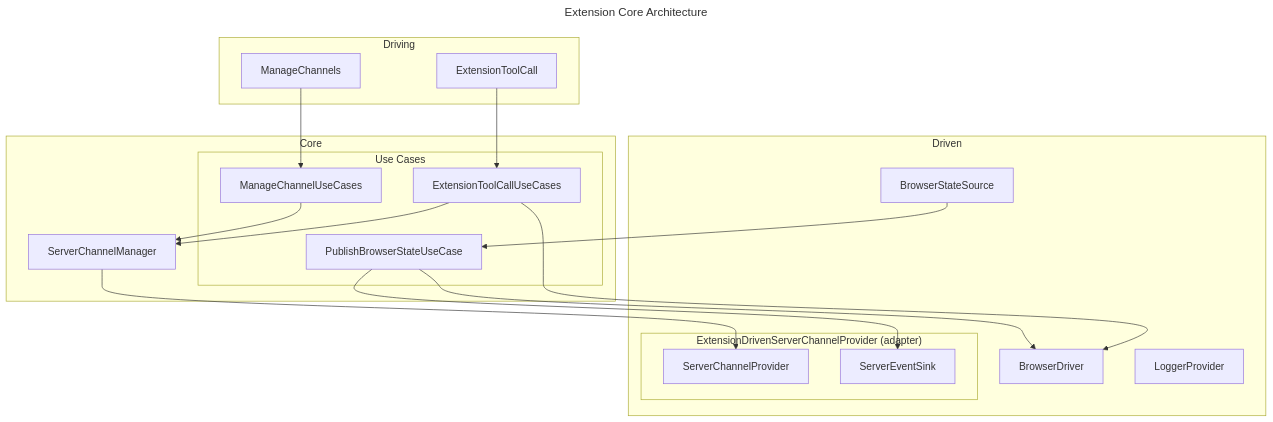
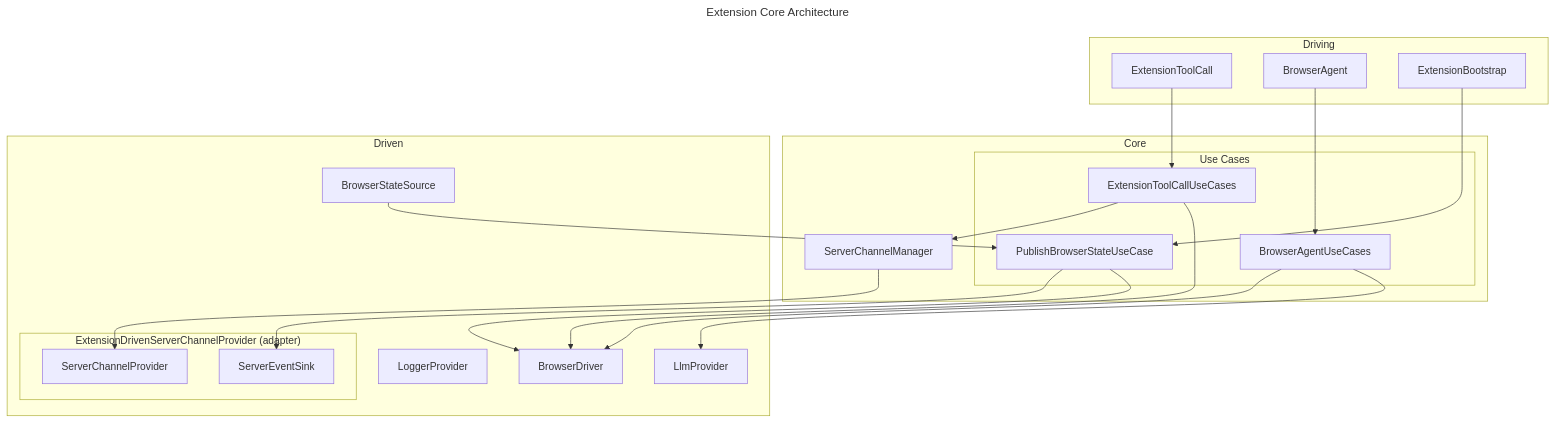
The fourth of 5 diagrams in docs/architecture.md (ndthanhdev/mcp-browser-kit), drawn with Mermaid before and after one commit. The commit also changed other lines of this file and 23 other files, not shown here.

Commit message:
refactor: restructure extension bootstrap and tab services (#143)

````diff
--- a/docs/architecture.md
+++ b/docs/architecture.md
@@ -113,40 +113,44 @@
 ```mermaid
 ---
 title: Extension Core Architecture
 ---
 flowchart TD
   subgraph Driving["Driving"]
     ExtensionToolCall
-    ManageChannels
+    BrowserAgent
+    ExtensionBootstrap
   end
   subgraph ExtensionCore["Core"]
     subgraph UseCases["Use Cases"]
       ExtensionToolCallUseCases
-      ManageChannelUseCases
       PublishBrowserStateUseCase
+      BrowserAgentUseCases
     end
     ServerChannelManager
   end
   subgraph Driven["Driven"]
     BrowserDriver
     BrowserStateSource
+    LlmProvider
     subgraph ExtensionDrivenServerChannelProvider["ExtensionDrivenServerChannelProvider (adapter)"]
       ServerChannelProvider
       ServerEventSink
     end
     LoggerProvider
   end
 
   %% From Driving
   ExtensionToolCall --> ExtensionToolCallUseCases
-  ManageChannels --> ManageChannelUseCases
+  BrowserAgent --> BrowserAgentUseCases
+  ExtensionBootstrap --> PublishBrowserStateUseCase
   %% From Core
   ExtensionToolCallUseCases --> BrowserDriver
   ExtensionToolCallUseCases --> ServerChannelManager
-  ManageChannelUseCases --> ServerChannelManager
   ServerChannelManager --> ServerChannelProvider
+  BrowserAgentUseCases --> LlmProvider
+  BrowserAgentUseCases --> BrowserDriver
   %% Observability
   BrowserStateSource --> PublishBrowserStateUseCase
   PublishBrowserStateUseCase --> BrowserDriver
   PublishBrowserStateUseCase --> ServerEventSink
 ```
````
